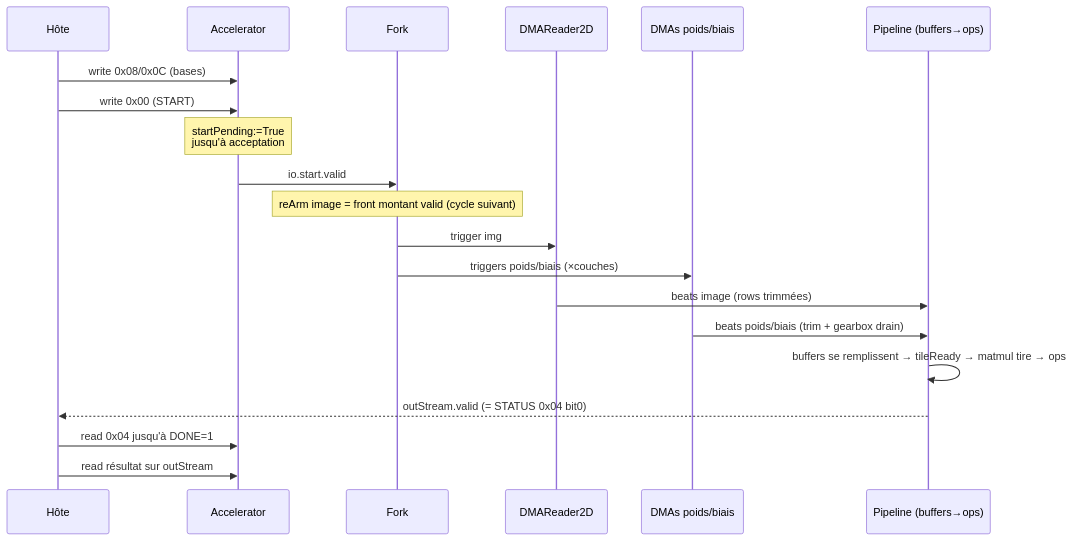
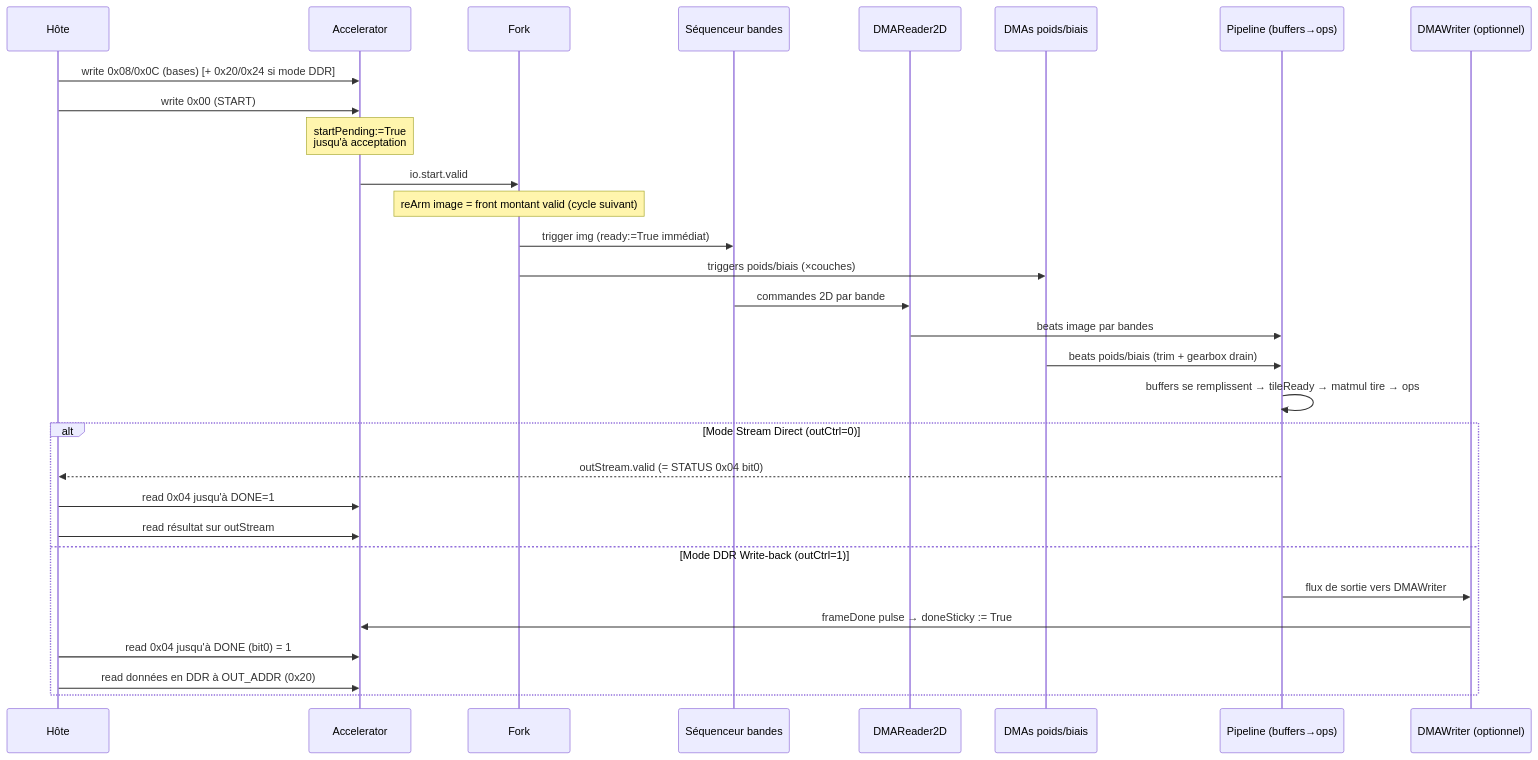
Before and after one commit to Juste-Leo2/spinalML: the fourth of 5 diagrams in docs/dataflow-map.md, drawn with Mermaid. The commit also changed other lines of this file and 30 other files, not shown here.

````diff
--- a/docs/dataflow-map.md
+++ b/docs/dataflow-map.md
@@ -315,22 +302,32 @@
 ```mermaid
 sequenceDiagram
     participant H as Hôte
     participant ACC as Accelerator
     participant F as Fork
+    participant BND as Séquenceur bandes
     participant D as DMAReader2D
     participant W as DMAs poids/biais
     participant P as Pipeline (buffers→ops)
-    H->>ACC: write 0x08/0x0C (bases)
+    participant WR as DMAWriter (optionnel)
+    H->>ACC: write 0x08/0x0C (bases) [+ 0x20/0x24 si mode DDR]
     H->>ACC: write 0x00 (START)
     Note over ACC: startPending:=True<br/>jusqu'à acceptation
     ACC->>F: io.start.valid
     Note over F: reArm image = front montant valid (cycle suivant)
-    F->>D: trigger img
+    F->>BND: trigger img (ready:=True immédiat)
     F->>W: triggers poids/biais (×couches)
-    D->>P: beats image (rows trimmées)
+    BND->>D: commandes 2D par bande
+    D->>P: beats image par bandes
     W->>P: beats poids/biais (trim + gearbox drain)
     P->>P: buffers se remplissent → tileReady → matmul tire → ops
-    P-->>H: outStream.valid (= STATUS 0x04 bit0)
-    H->>ACC: read 0x04 jusqu'à DONE=1
-    H->>ACC: read résultat sur outStream
+    alt Mode Stream Direct (outCtrl=0)
+        P-->>H: outStream.valid (= STATUS 0x04 bit0)
+        H->>ACC: read 0x04 jusqu'à DONE=1
+        H->>ACC: read résultat sur outStream
+    else Mode DDR Write-back (outCtrl=1)
+        P->>WR: flux de sortie vers DMAWriter
+        WR->>ACC: frameDone pulse → doneSticky := True
+        H->>ACC: read 0x04 jusqu'à DONE (bit0) = 1
+        H->>ACC: read données en DDR à OUT_ADDR (0x20)
+    end
 ```
````
